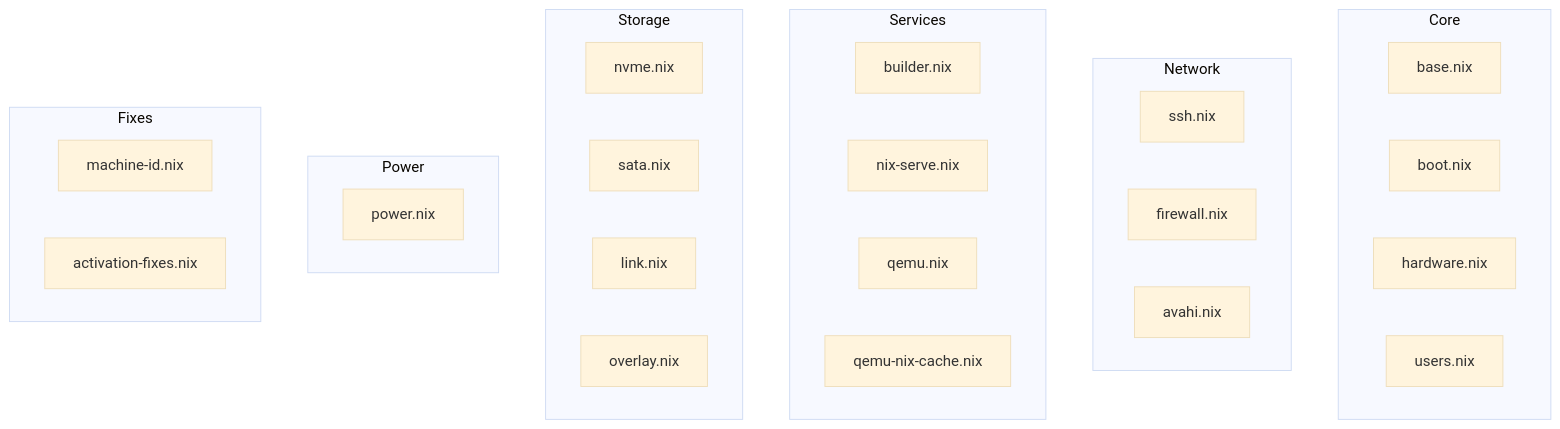
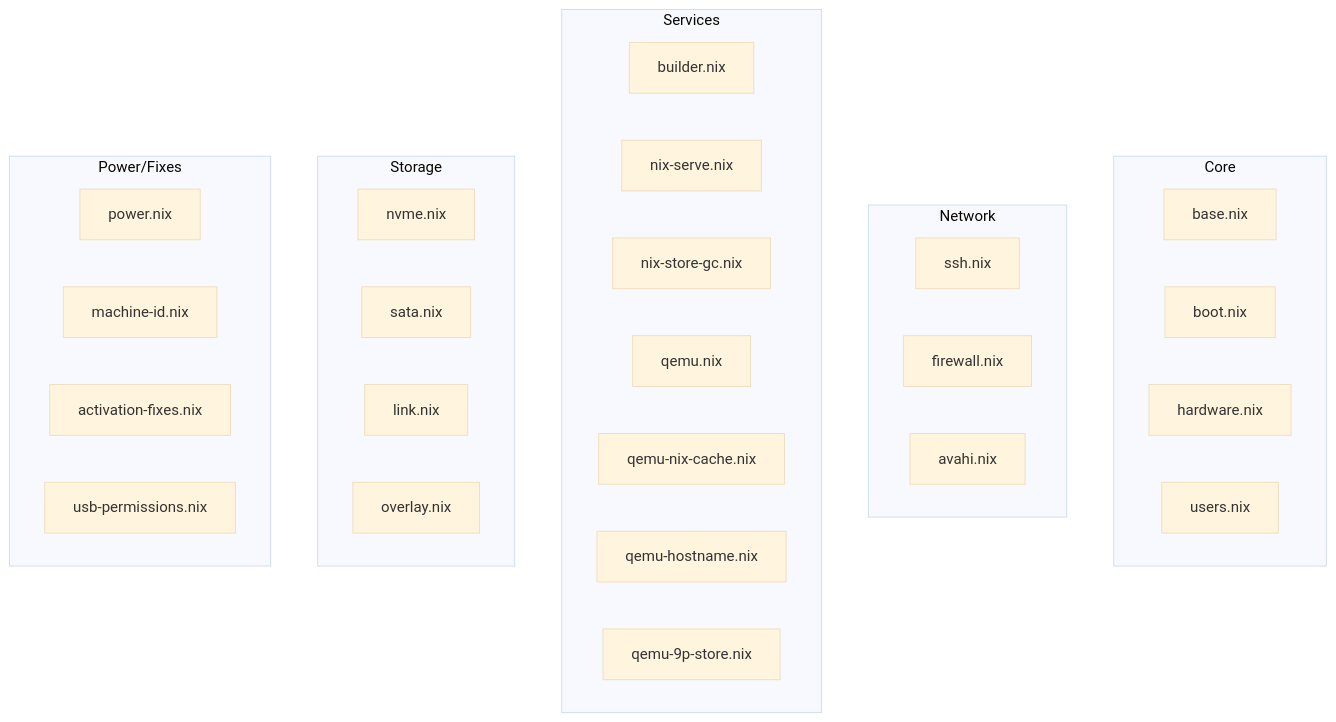
One commit to pr0d1r2/nixos-nix-builder changed the third of 5 diagrams in README.md. Above: the diagram before and after it, drawn with Mermaid (base theme). The commit also changed other lines of this file, not shown here.

````diff
--- a/README.md
+++ b/README.md
@@ -128,38 +133,39 @@
 ```mermaid
 graph TD
     subgraph Core
         base.nix
         boot.nix
         hardware.nix
         users.nix
     end
 
     subgraph Network
         ssh.nix
         firewall.nix
         avahi.nix
     end
 
     subgraph Services
         builder.nix
         nix-serve.nix
+        nix-store-gc.nix
         qemu.nix
         qemu-nix-cache.nix
+        qemu-hostname.nix
+        qemu-9p-store.nix
     end
 
     subgraph Storage
         nvme.nix
         sata.nix
         link.nix
         overlay.nix
     end
 
-    subgraph Power
+    subgraph Power/Fixes
         power.nix
-    end
-
-    subgraph Fixes
         machine-id.nix
         activation-fixes.nix
+        usb-permissions.nix
     end
 ```
````
